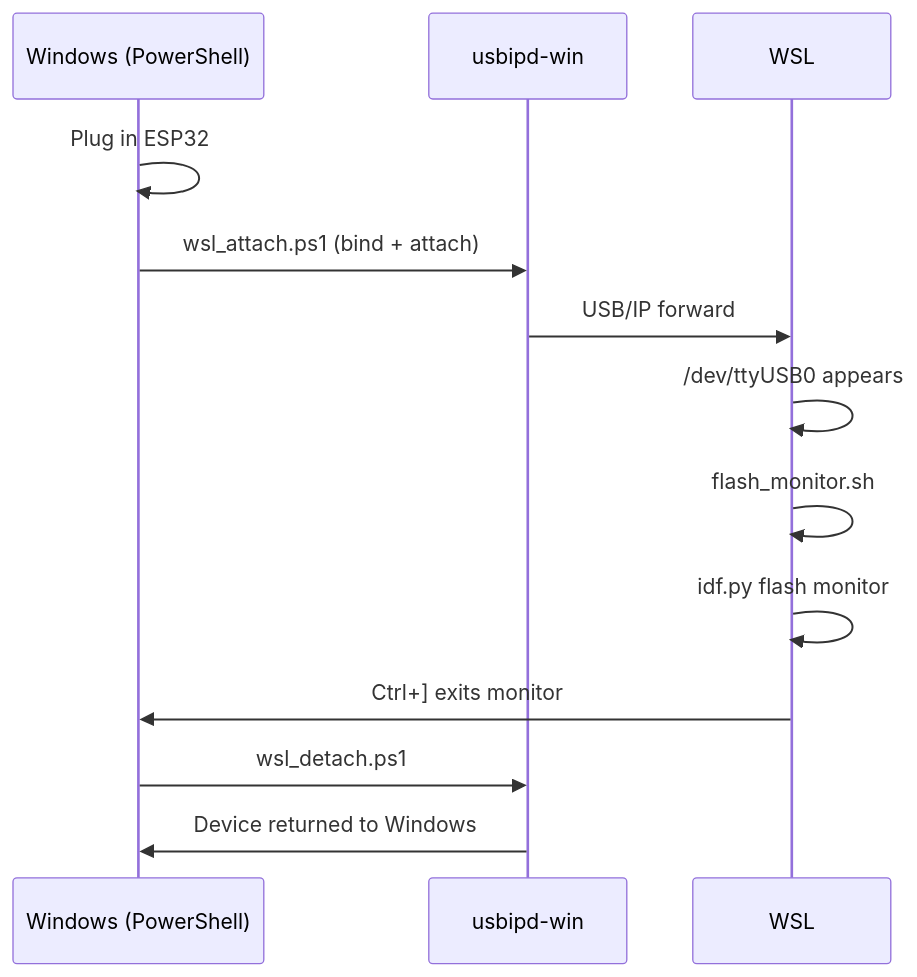
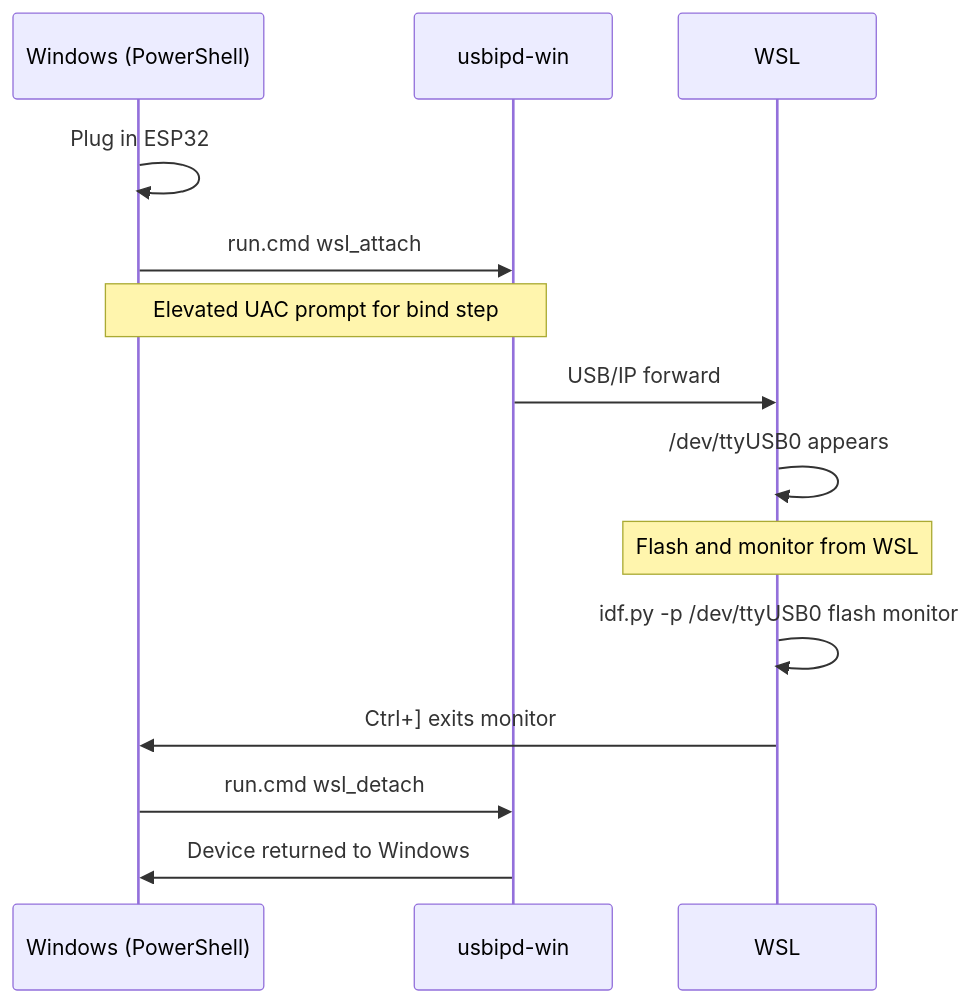
The diagram in docs/wsl.md (IoTEdgeConnect/firmware), drawn with Mermaid before and after one commit. The commit also changed other lines of this file and 4 other files, not shown here.

````diff
--- a/docs/wsl.md
+++ b/docs/wsl.md
@@ -38,16 +36,17 @@
 ```mermaid
 sequenceDiagram
     participant W as Windows (PowerShell)
     participant U as usbipd-win
     participant L as WSL
 
     W->>W: Plug in ESP32
-    W->>U: wsl_attach.ps1 (bind + attach)
+    W->>U: run.cmd wsl_attach
+    note over W,U: Elevated UAC prompt for bind step
     U->>L: USB/IP forward
     L->>L: /dev/ttyUSB0 appears
-    L->>L: flash_monitor.sh
-    L->>L: idf.py flash monitor
+    note over L: Flash and monitor from WSL
+    L->>L: idf.py -p /dev/ttyUSB0 flash monitor
     L->>W: Ctrl+] exits monitor
-    W->>U: wsl_detach.ps1
+    W->>U: run.cmd wsl_detach
     U->>W: Device returned to Windows
 ```
````
